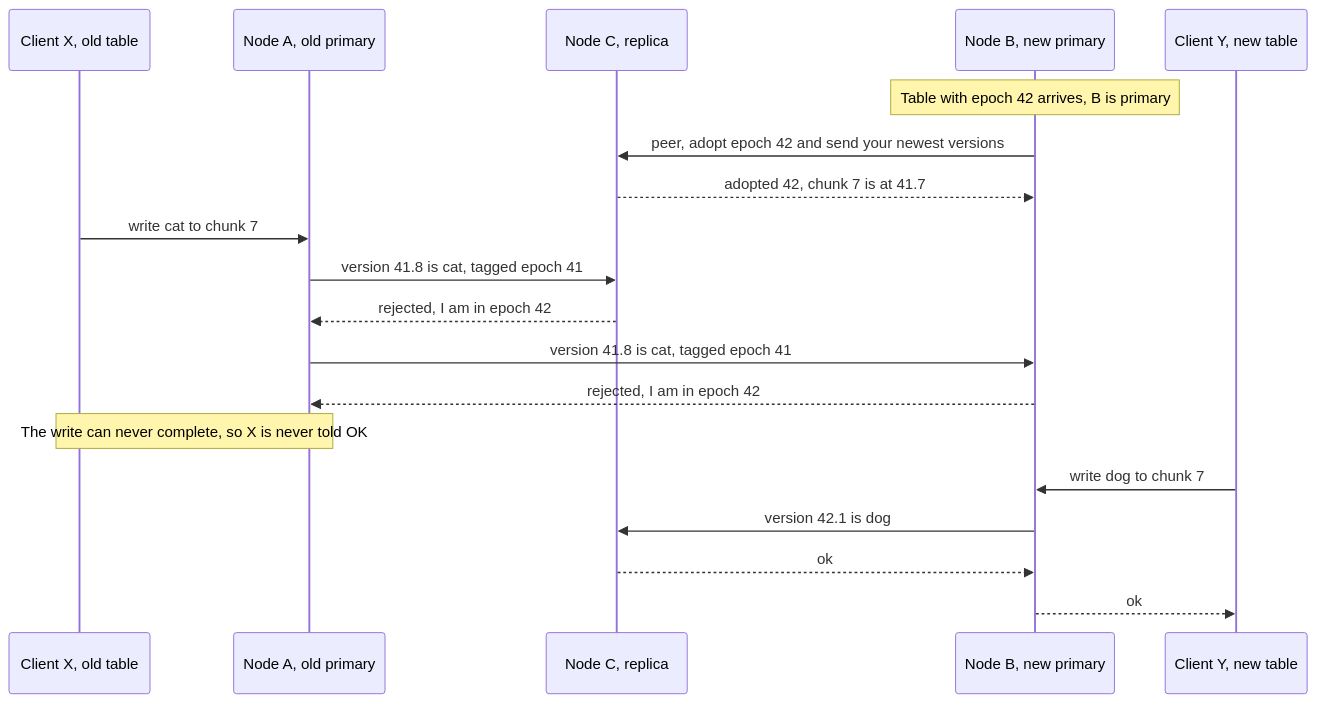
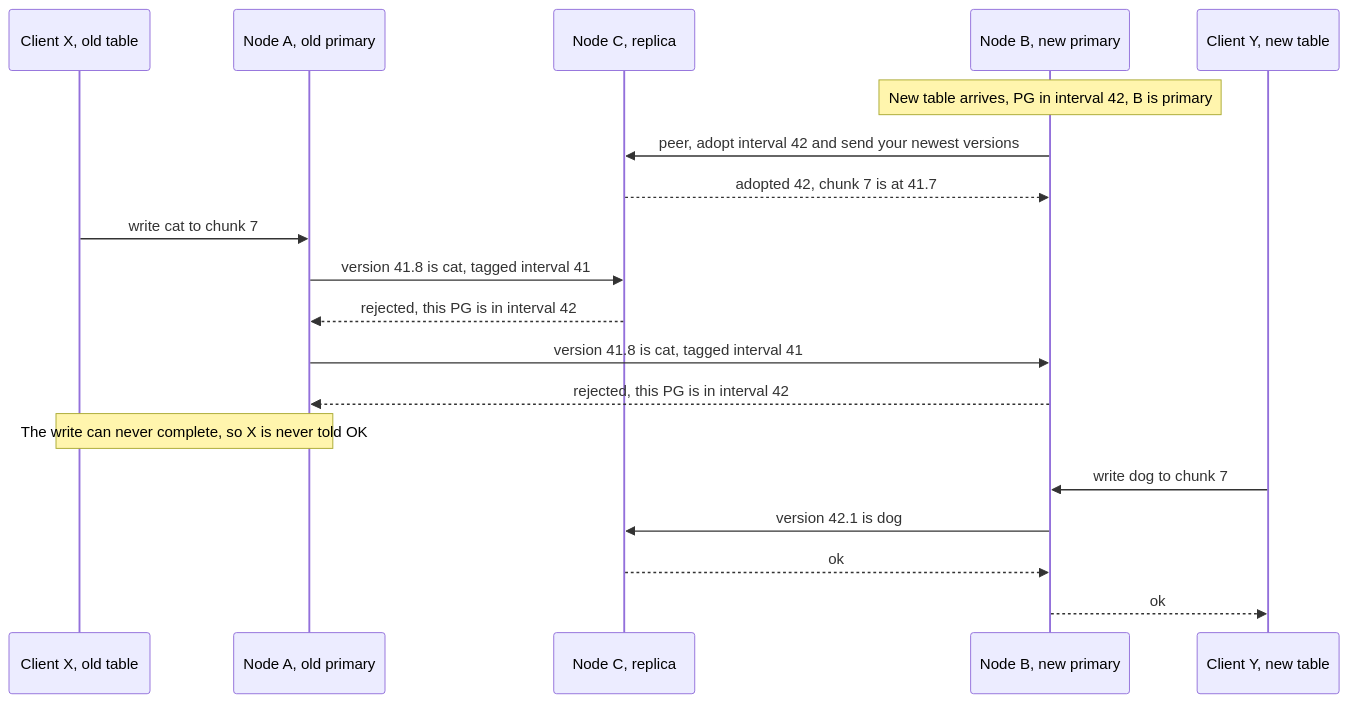
Before and after one commit to nvcnvn/rock-solid: the third of 9 diagrams in blogs/03-epochs-leases-and-failures.md, drawn with Mermaid. The commit also changed other lines of this file and 11 other files, not shown here.

````diff
--- a/blogs/03-epochs-leases-and-failures.md
+++ b/blogs/03-epochs-leases-and-failures.md
@@ -205,21 +248,21 @@
 ```mermaid
 sequenceDiagram
     participant X as Client X, old table
     participant A as Node A, old primary
     participant C as Node C, replica
     participant B as Node B, new primary
     participant Y as Client Y, new table
-    Note over B: Table with epoch 42 arrives, B is primary
-    B->>C: peer, adopt epoch 42 and send your newest versions
+    Note over B: New table arrives, PG in interval 42, B is primary
+    B->>C: peer, adopt interval 42 and send your newest versions
     C-->>B: adopted 42, chunk 7 is at 41.7
     X->>A: write cat to chunk 7
-    A->>C: version 41.8 is cat, tagged epoch 41
-    C-->>A: rejected, I am in epoch 42
-    A->>B: version 41.8 is cat, tagged epoch 41
-    B-->>A: rejected, I am in epoch 42
+    A->>C: version 41.8 is cat, tagged interval 41
+    C-->>A: rejected, this PG is in interval 42
+    A->>B: version 41.8 is cat, tagged interval 41
+    B-->>A: rejected, this PG is in interval 42
     Note over X,A: The write can never complete, so X is never told OK
     Y->>B: write dog to chunk 7
     B->>C: version 42.1 is dog
     C-->>B: ok
     B-->>Y: ok
 ```
````
